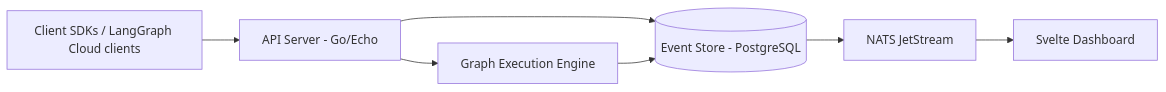
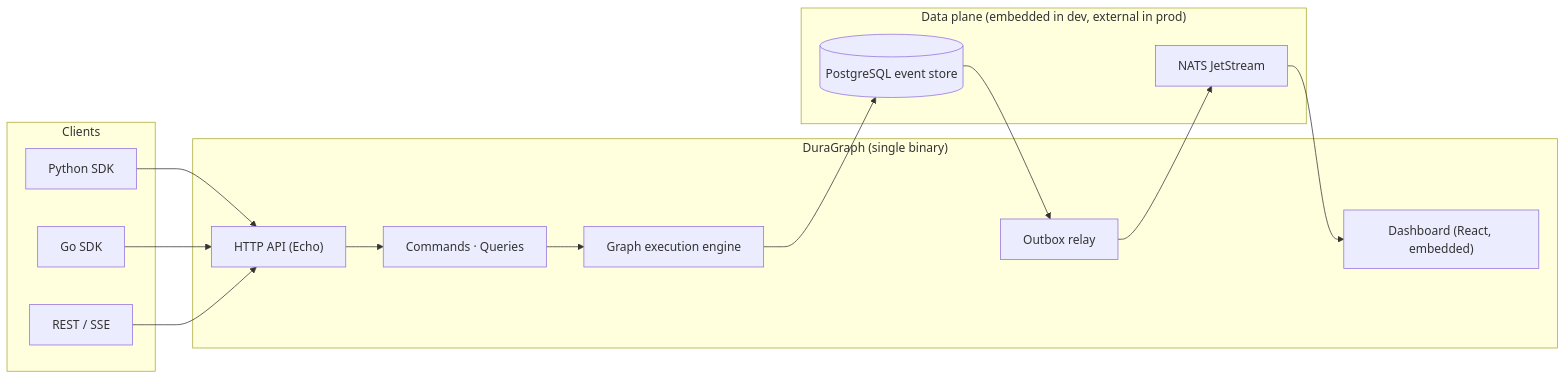
The diagram in README.md (Duragraph/duragraph), drawn with Mermaid before and after one commit. The commit also changed other lines of this file and 97 other files, not shown here.

````diff
--- a/README.md
+++ b/README.md
@@ -64,16 +80,29 @@
 ```mermaid
 flowchart LR
-  client["Client SDKs / LangGraph Cloud clients"]
-  api[API Server - Go/Echo]
-  eventstore[(Event Store - PostgreSQL)]
-  nats[NATS JetStream]
-  engine[Graph Execution Engine]
-  dashboard[Svelte Dashboard]
+  subgraph clients["Clients"]
+    sdk_py["Python SDK"]
+    sdk_go["Go SDK"]
+    rest["REST / SSE"]
+  end
 
-  client --> api
-  api --> eventstore
-  api --> engine
-  eventstore --> nats
-  nats --> dashboard
-  engine --> eventstore
+  subgraph engine["DuraGraph (single binary)"]
+    api["HTTP API (Echo)"]
+    cqrs["Commands · Queries"]
+    exec["Graph execution engine"]
+    outbox["Outbox relay"]
+    dash["Dashboard (React, embedded)"]
+  end
+
+  subgraph data["Data plane (embedded in dev, external in prod)"]
+    pg[(PostgreSQL event store)]
+    nats["NATS JetStream"]
+  end
+
+  sdk_py --> api
+  sdk_go --> api
+  rest --> api
+  api --> cqrs --> exec
+  exec --> pg
+  pg --> outbox --> nats
+  nats --> dash
 ```
````
